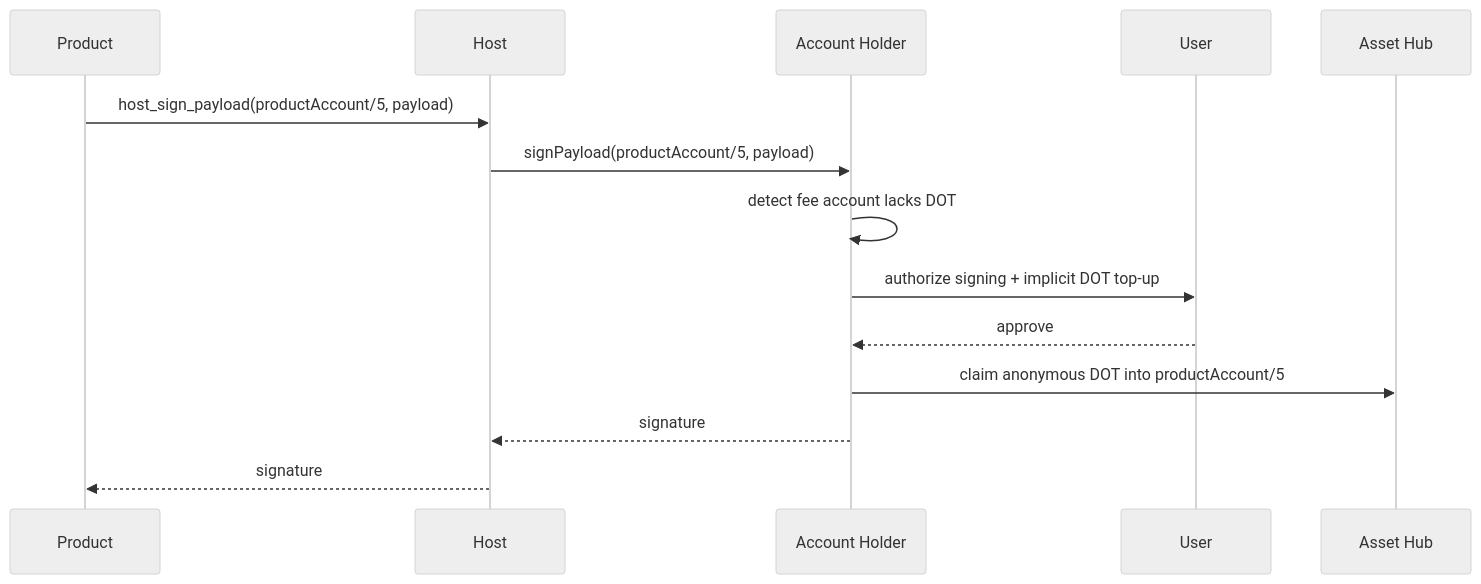
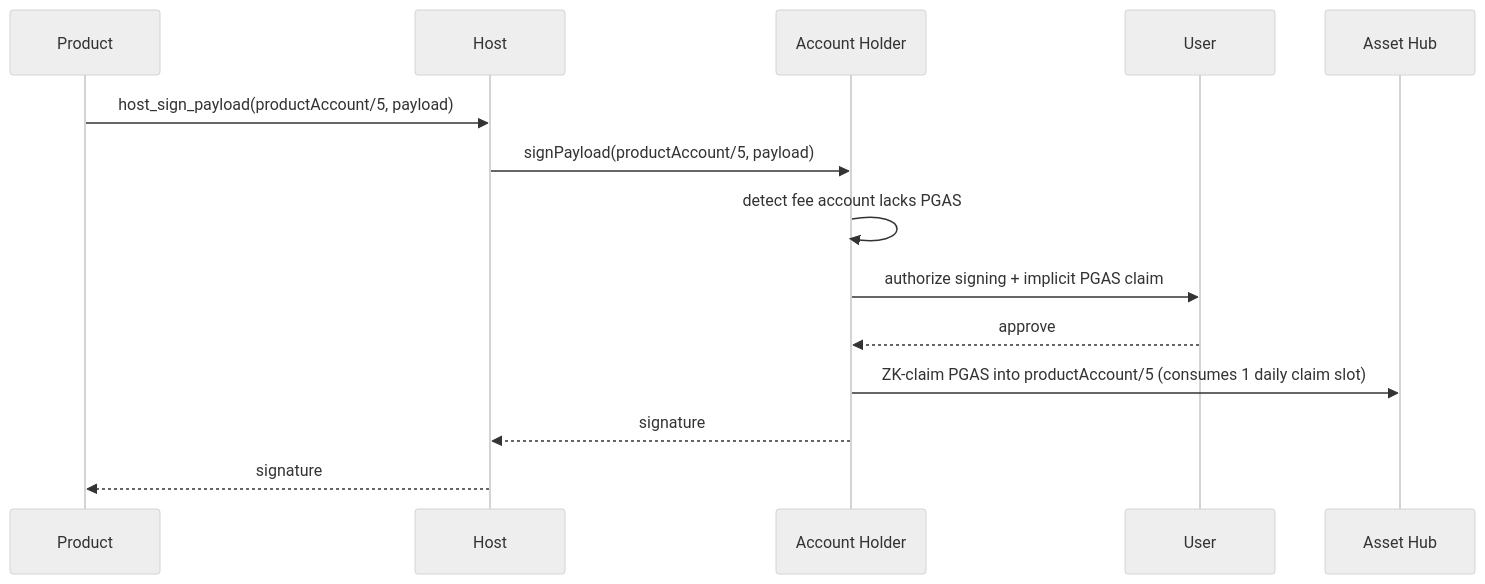
One commit to paritytech/triangle-js-sdks changed the fifth of 6 diagrams in docs/rfcs/0010-allowance.md. Above: the diagram before and after it, drawn with Mermaid (neutral theme). The commit also changed other lines of this file, not shown here.

Commit message:
Update to match PGAS pivot

````diff
--- a/docs/rfcs/0010-allowance.md
+++ b/docs/rfcs/0010-allowance.md
@@ -293,17 +295,17 @@
 ```mermaid
 sequenceDiagram
   participant P as Product
   participant H as Host
   participant A as Account Holder
   participant U as User
   participant AH as Asset Hub
 
   P->>H: host_sign_payload(productAccount/5, payload)
   H->>A: signPayload(productAccount/5, payload)
-  A->>A: detect fee account lacks DOT
-  A->>U: authorize signing + implicit DOT top-up
+  A->>A: detect fee account lacks PGAS
+  A->>U: authorize signing + implicit PGAS claim
   U-->>A: approve
-  A->>AH: claim anonymous DOT into productAccount/5
+  A->>AH: ZK-claim PGAS into productAccount/5 (consumes 1 daily claim slot)
   A-->>H: signature
   H-->>P: signature
 ```
````
